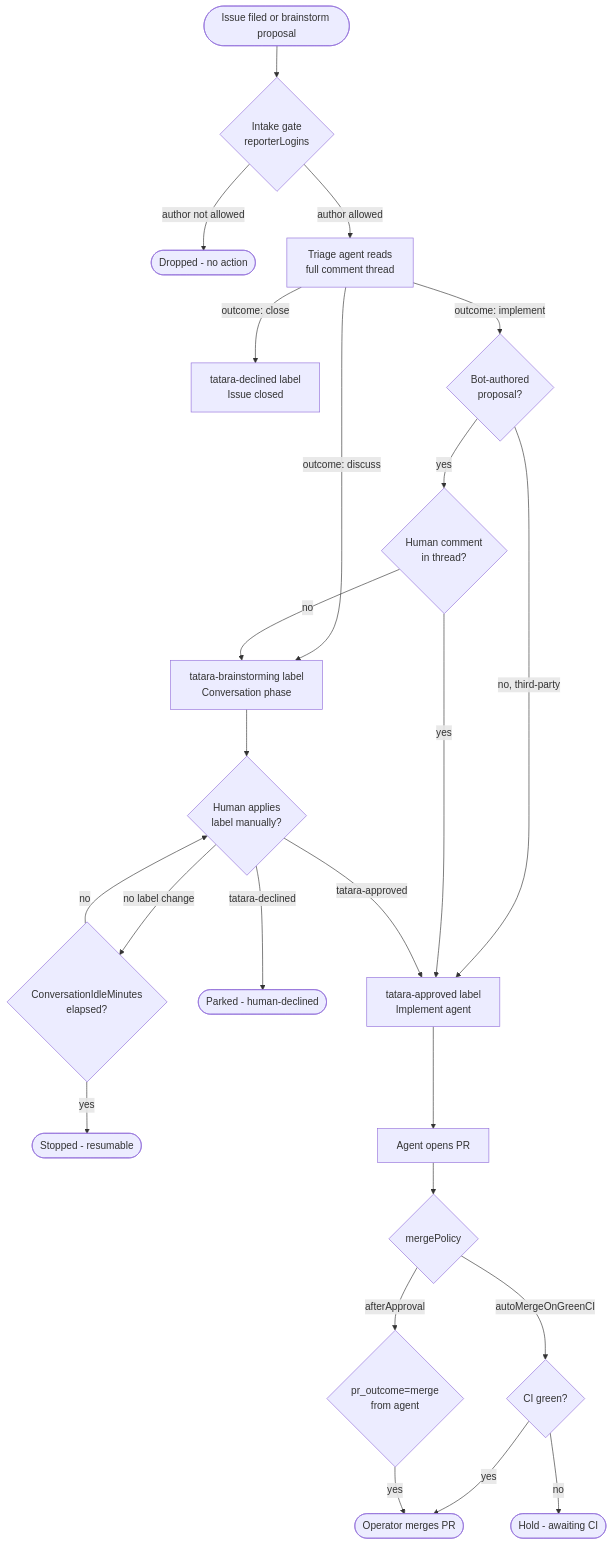
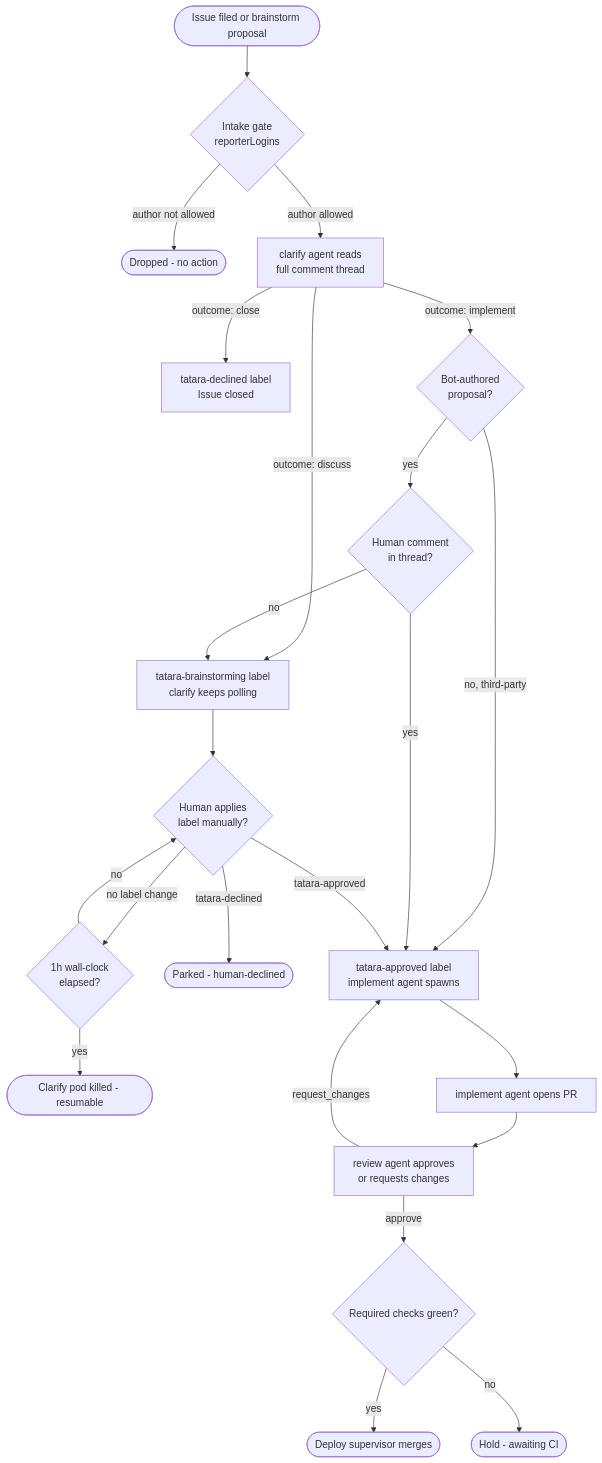
Before and after one commit to szymonrychu/tatara-documentation: the second of 2 diagrams in docs/operations/security/approval-gates.md, drawn with Mermaid. The commit also changed other lines of this file and 38 other files, not shown here.

````diff
--- a/docs/operations/security/approval-gates.md
+++ b/docs/operations/security/approval-gates.md
@@ -241,26 +241,25 @@
 ```mermaid
 flowchart TD
     A([Issue filed or brainstorm proposal]) --> B{Intake gate\nreporterLogins}
     B -- author not allowed --> Z1([Dropped - no action])
-    B -- author allowed --> C[Triage agent reads\nfull comment thread]
+    B -- author allowed --> C[clarify agent reads\nfull comment thread]
     C -- outcome: close --> D[tatara-declined label\nIssue closed]
-    C -- outcome: discuss --> E[tatara-brainstorming label\nConversation phase]
+    C -- outcome: discuss --> E[tatara-brainstorming label\nclarify keeps polling]
     C -- outcome: implement --> F{Bot-authored\nproposal?}
-    F -- no, third-party --> G[tatara-approved label\nImplement agent]
+    F -- no, third-party --> G[tatara-approved label\nimplement agent spawns]
     F -- yes --> H{Human comment\nin thread?}
     H -- no --> E
     H -- yes --> G
     E --> I{Human applies\nlabel manually?}
     I -- tatara-approved --> G
     I -- tatara-declined --> Z2([Parked - human-declined])
-    I -- no label change --> J{ConversationIdleMinutes\nelapsed?}
-    J -- yes --> Z3([Stopped - resumable])
+    I -- no label change --> J{1h wall-clock\nelapsed?}
+    J -- yes --> Z3([Clarify pod killed - resumable])
     J -- no --> I
-    G --> K[Agent opens PR]
-    K --> L{mergePolicy}
-    L -- afterApproval --> M{pr_outcome=merge\nfrom agent}
-    L -- autoMergeOnGreenCI --> N{CI green?}
-    N -- yes --> O([Operator merges PR])
-    N -- no --> P([Hold - awaiting CI])
-    M -- yes --> O
+    G --> K[implement agent opens PR]
+    K --> L[review agent approves\nor requests changes]
+    L -- approve --> M{Required checks green?}
+    L -- request_changes --> G
+    M -- yes --> O([Deploy supervisor merges])
+    M -- no --> P([Hold - awaiting CI])
 ```
````
